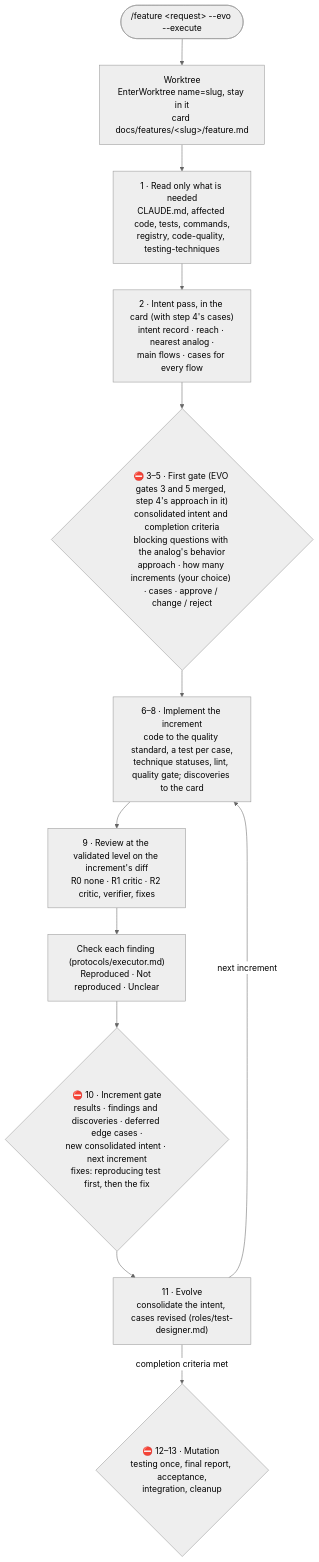
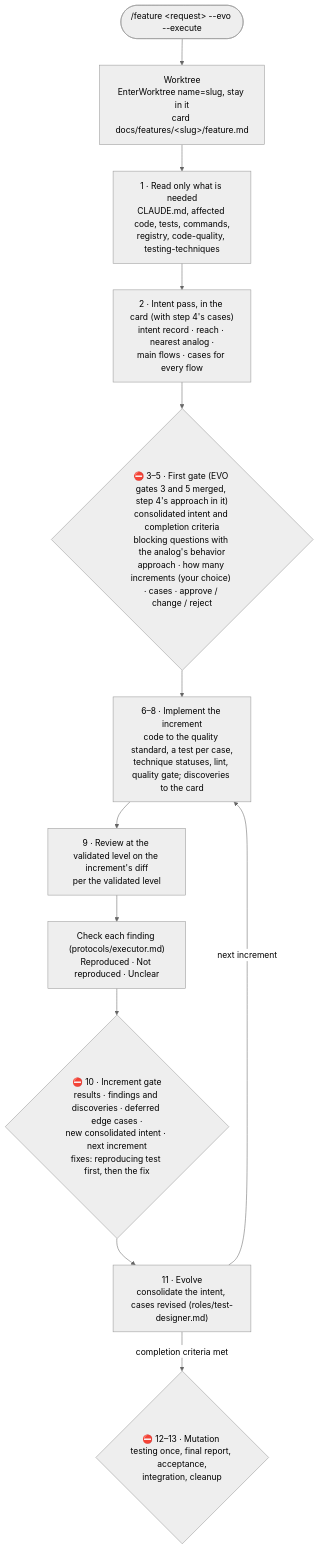
One commit to mariopedemonte12/claude-feature-workflow changed the diagram in docs/executor.md. Above: the diagram before and after it, drawn with Mermaid (neutral theme). The commit also changed other lines of this file and 4 other files, not shown here.

````diff
--- a/docs/executor.md
+++ b/docs/executor.md
@@ -24,14 +24,14 @@
 ```mermaid
 flowchart TB
     R(["/feature &lt;request&gt; --evo --execute"]) --> W["Worktree<br/>EnterWorktree name=slug, stay in it<br/>card docs/features/&lt;slug&gt;/feature.md"]
     W --> RD["1 · Read only what is needed<br/>CLAUDE.md, affected code, tests, commands,<br/>registry, code-quality, testing-techniques"]
     RD --> SP["2 · Intent pass, in the card (with step 4's cases)<br/>intent record · reach · nearest analog ·<br/>main flows · cases for every flow"]
     SP --> G1{"⛔ 3–5 · First gate (EVO gates 3 and 5 merged, step 4's approach in it)<br/>consolidated intent and completion criteria<br/>blocking questions with the analog's behavior<br/>approach · how many increments (your choice) · cases · approve / change / reject"}
     G1 --> IM["6–8 · Implement the increment<br/>code to the quality standard, a test per case,<br/>technique statuses, lint, quality gate; discoveries to the card"]
-    IM --> CR["9 · Review at the validated level on the increment's diff<br/>R0 none · R1 critic · R2 critic, verifier, fixes"]
+    IM --> CR["9 · Review at the validated level on the increment's diff<br/>per the validated level"]
     CR --> CK["Check each finding (protocols/executor.md)<br/>Reproduced · Not reproduced · Unclear"]
     CK --> G2{"⛔ 10 · Increment gate<br/>results · findings and discoveries · deferred edge cases ·<br/>new consolidated intent · next increment<br/>fixes: reproducing test first, then the fix"}
     G2 --> FX["11 · Evolve<br/>consolidate the intent, cases revised (roles/test-designer.md)"]
     FX -->|"next increment"| IM
     FX -->|"completion criteria met"| G3{"⛔ 12–13 · Mutation testing once, final report, acceptance,<br/>integration, cleanup"}
 ```
````
